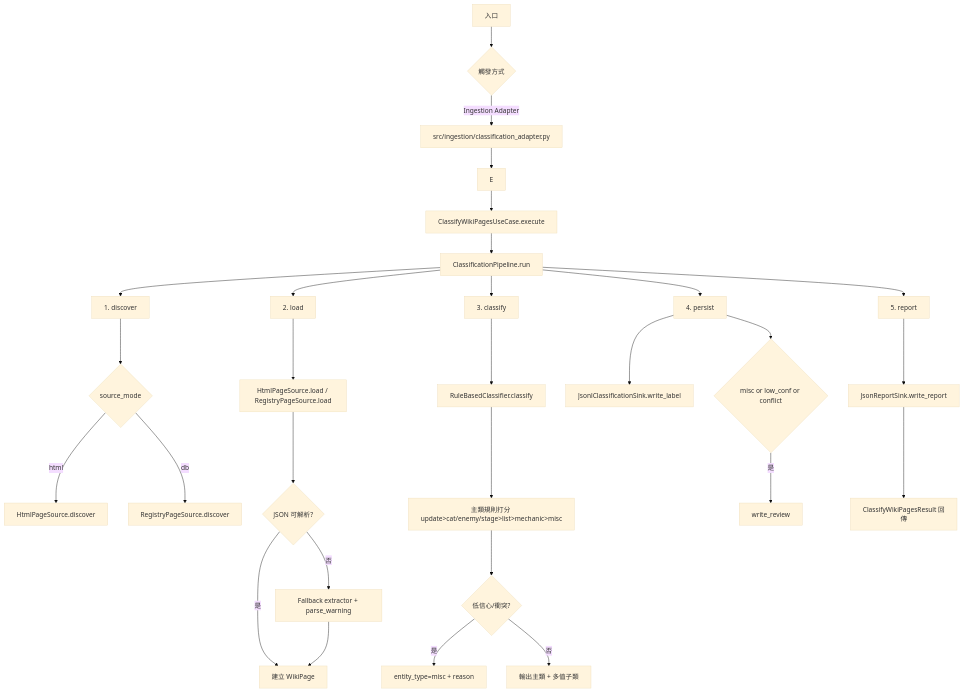
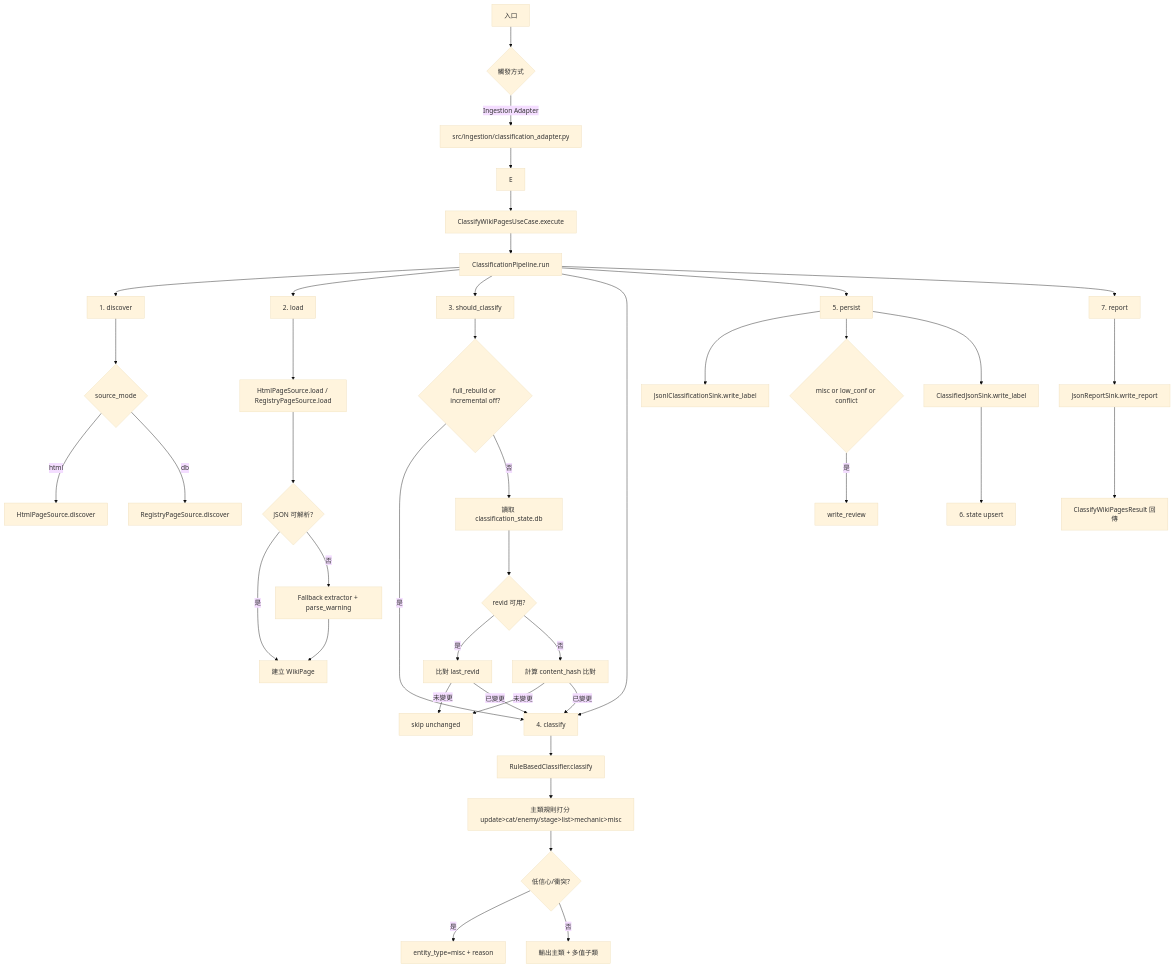
Before and after one commit to Whitecatuwu/llamaindex-rag: the first of 2 diagrams in docs/plan/2026-02-07_classification-diagrams.md, drawn with Mermaid (base theme). The commit also changed other lines of this file and 33 other files, not shown here.

````diff
--- a/docs/plan/2026-02-07_classification-diagrams.md
+++ b/docs/plan/2026-02-07_classification-diagrams.md
@@ -6,39 +6,53 @@
 ```mermaid
 flowchart TD
     A[入口] --> B{觸發方式}
     B -->|Ingestion Adapter| D[src/ingestion/classification_adapter.py]
 
     D --> E
 
     E --> F[ClassifyWikiPagesUseCase.execute]
     F --> G[ClassificationPipeline.run]
 
     G --> H[1. discover]
     H --> I{source_mode}
     I -->|html| J[HtmlPageSource.discover]
     I -->|db| K[RegistryPageSource.discover]
 
     G --> L[2. load]
     L --> M[HtmlPageSource.load / RegistryPageSource.load]
     M --> N{JSON 可解析?}
     N -->|是| O[建立 WikiPage]
     N -->|否| P[Fallback extractor + parse_warning]
     P --> O
 
-    G --> Q[3. classify]
+    G --> Q0[3. should_classify]
+    Q0 --> S0{full_rebuild or incremental off?}
+    S0 -->|是| Q
+    S0 -->|否| S1[讀取 classification_state.db]
+    S1 --> S2{revid 可用?}
+    S2 -->|是| S3[比對 last_revid]
+    S2 -->|否| S4[計算 content_hash 比對]
+    S3 -->|未變更| SKIP[skip unchanged]
+    S4 -->|未變更| SKIP
+    S3 -->|已變更| Q
+    S4 -->|已變更| Q
+
+    G --> Q[4. classify]
     Q --> R[RuleBasedClassifier.classify]
     R --> S[主類規則打分 update>cat/enemy/stage>list>mechanic>misc]
     S --> T{低信心/衝突?}
     T -->|是| U[entity_type=misc + reason]
     T -->|否| V[輸出主類 + 多值子類]
 
-    G --> W[4. persist]
+    G --> W[5. persist]
     W --> X[JsonlClassificationSink.write_label]
     W --> Y{misc or low_conf or conflict}
     Y -->|是| Z[write_review]
+    W --> X2[ClassifiedJsonSink.write_label]
+    X2 --> SU[6. state upsert]
 
-    G --> AA[5. report]
+    G --> AA[7. report]
     AA --> AB[JsonReportSink.write_report]
 
     AB --> AC[ClassifyWikiPagesResult 回傳]
 ```
````
